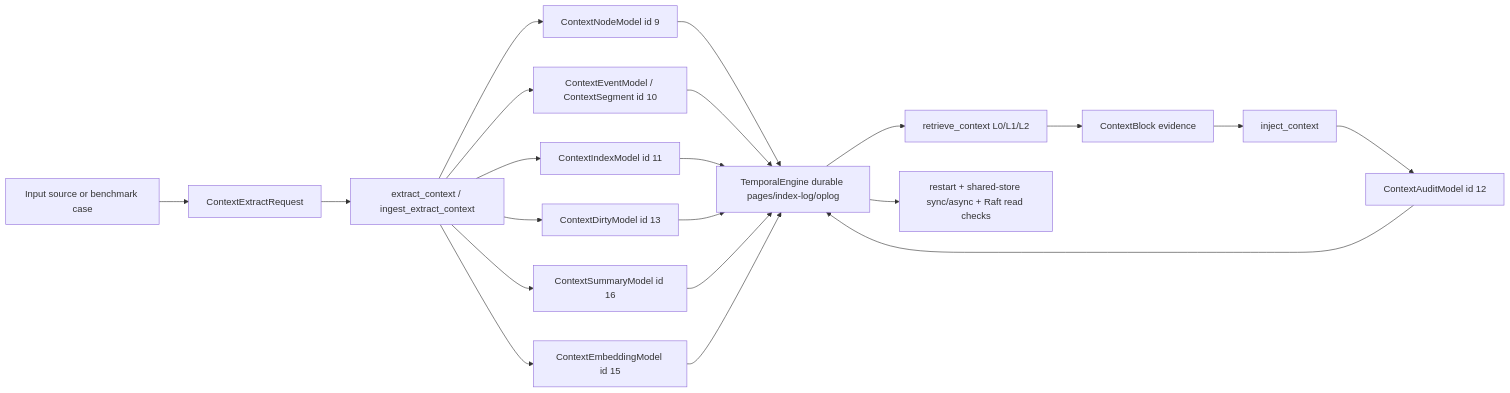
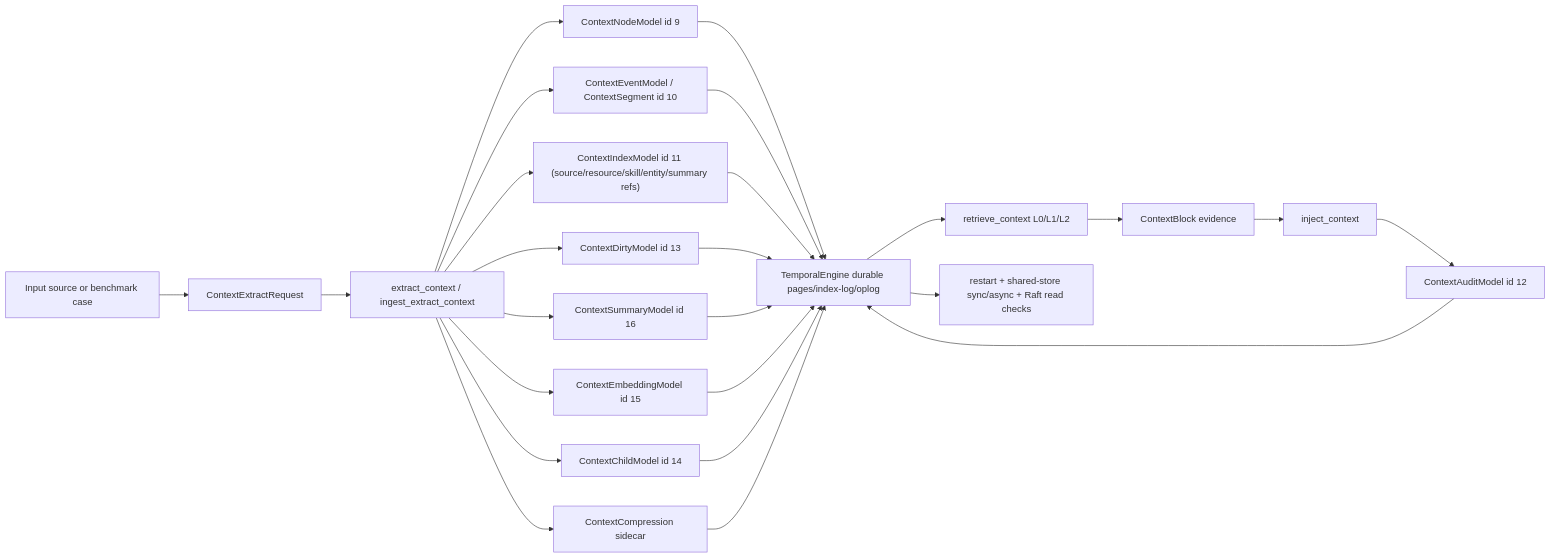
Before and after one commit to matrixarkai/TemporalStore: the diagram in docs/rust_context_pipeline_debug_trace.md, drawn with Mermaid. The commit also changed other lines of this file and 6 other files, not shown here.

Commit message:
Finish context sidecar cleanup and expand shared cases

````diff
--- a/docs/rust_context_pipeline_debug_trace.md
+++ b/docs/rust_context_pipeline_debug_trace.md
@@ -66,23 +73,27 @@
 ```mermaid
 flowchart LR
   A["Input source or benchmark case"] --> B["ContextExtractRequest"]
   B --> C["extract_context / ingest_extract_context"]
   C --> D["ContextNodeModel id 9"]
   C --> E["ContextEventModel / ContextSegment id 10"]
-  C --> F["ContextIndexModel id 11"]
+  C --> F["ContextIndexModel id 11 (source/resource/skill/entity/summary refs)"]
   C --> G["ContextDirtyModel id 13"]
   C --> N["ContextSummaryModel id 16"]
   C --> O["ContextEmbeddingModel id 15"]
+  C --> P["ContextChildModel id 14"]
+  C --> Q["ContextCompression sidecar"]
   D --> H["TemporalEngine durable pages/index-log/oplog"]
   E --> H
   F --> H
   G --> H
   N --> H
   O --> H
+  P --> H
+  Q --> H
   H --> I["retrieve_context L0/L1/L2"]
   I --> J["ContextBlock evidence"]
   J --> K["inject_context"]
   K --> L["ContextAuditModel id 12"]
   L --> H
   H --> M["restart + shared-store sync/async + Raft read checks"]
 ```
````
